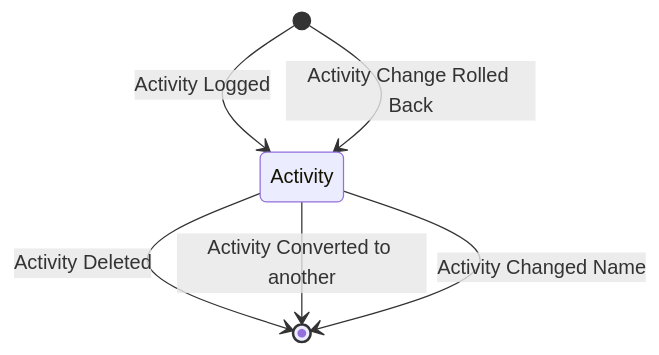
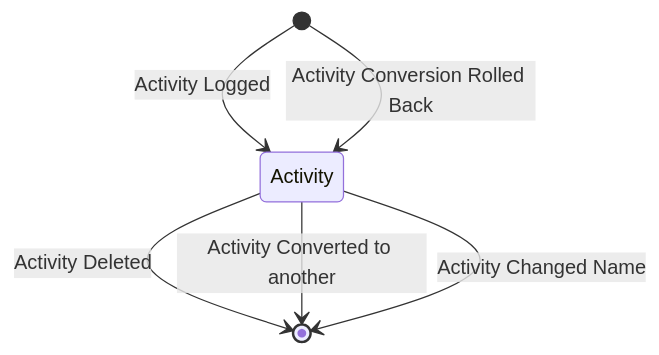
Before and after one commit to theodor349/WeeklyReview: the third of 5 diagrams in Documentation/Design Analysis/Problem Domain Analysis.md, drawn with Mermaid.

Commit message:
Spelling

````diff
--- a/Documentation/Design Analysis/Problem Domain Analysis.md
+++ b/Documentation/Design Analysis/Problem Domain Analysis.md
@@ -174,8 +174,8 @@
 ```mermaid
 stateDiagram-v2
     [*] --> Activity: Activity Logged
     Activity --> [*]: Activity Deleted
     Activity --> [*]: Activity Converted to another
     Activity --> [*]: Activity Changed Name
-    [*] --> Activity: Activity Change Rolled Back
+    [*] --> Activity: Activity Conversion Rolled Back
 ```
````
